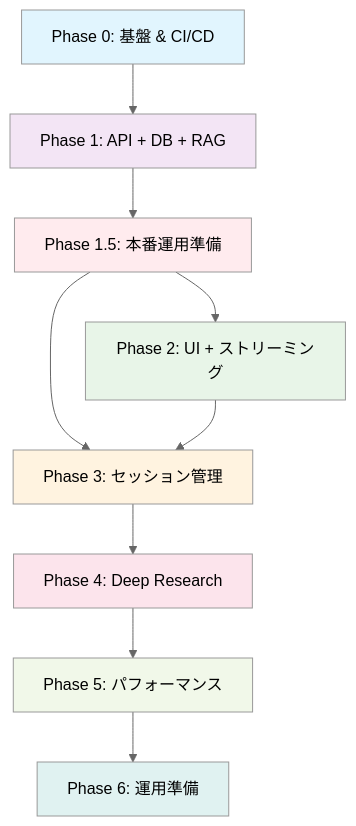
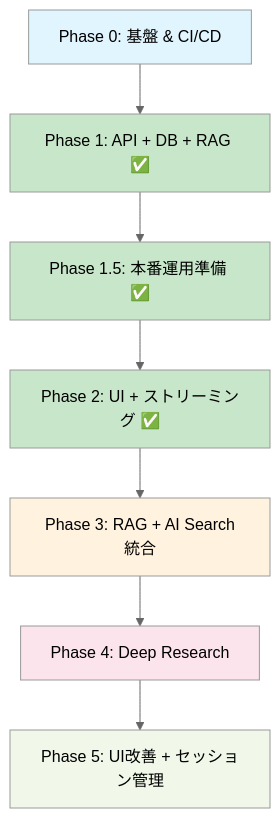
Before and after one commit to kenjishioya/llm-app-trial-with-ai-driven: the diagram in docs/roadmap.md, drawn with Mermaid (neutral theme). The commit also changed other lines of this file and 1 other file, not shown here.

First line of the commit message:
ロードマップ更新：Phase 1.5/2 完了反映とPhase 3-5 再構成 (#6)

````diff
--- a/docs/roadmap.md
+++ b/docs/roadmap.md
@@ -394,20 +416,17 @@
 ```mermaid
 graph TD
-    P0[Phase 0: 基盤 & CI/CD] --> P1[Phase 1: API + DB + RAG]
-    P1 --> P1_5[Phase 1.5: 本番運用準備]
-    P1_5 --> P2[Phase 2: UI + ストリーミング]
-    P1_5 --> P3[Phase 3: セッション管理]
-    P2 --> P3
+    P0[Phase 0: 基盤 & CI/CD] --> P1[Phase 1: API + DB + RAG ✅]
+    P1 --> P1_5[Phase 1.5: 本番運用準備 ✅]
+    P1_5 --> P2[Phase 2: UI + ストリーミング ✅]
+    P2 --> P3[Phase 3: RAG + AI Search統合]
     P3 --> P4[Phase 4: Deep Research]
-    P4 --> P5[Phase 5: パフォーマンス]
-    P5 --> P6[Phase 6: 運用準備]
+    P4 --> P5[Phase 5: UI改善 + セッション管理]
 
     style P0 fill:#e1f5fe
-    style P1 fill:#f3e5f5
-    style P1_5 fill:#ffebee
-    style P2 fill:#e8f5e8
+    style P1 fill:#c8e6c9
+    style P1_5 fill:#c8e6c9
+    style P2 fill:#c8e6c9
     style P3 fill:#fff3e0
     style P4 fill:#fce4ec
     style P5 fill:#f1f8e9
-    style P6 fill:#e0f2f1
 ```
````
